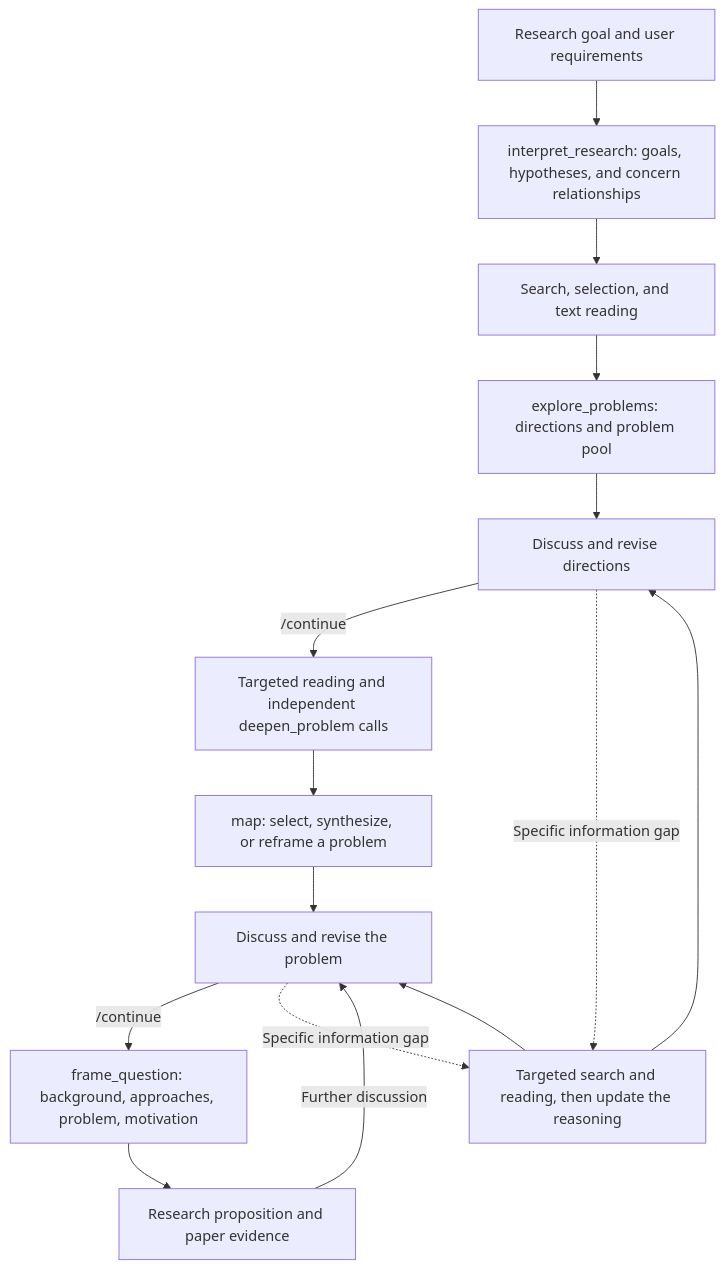
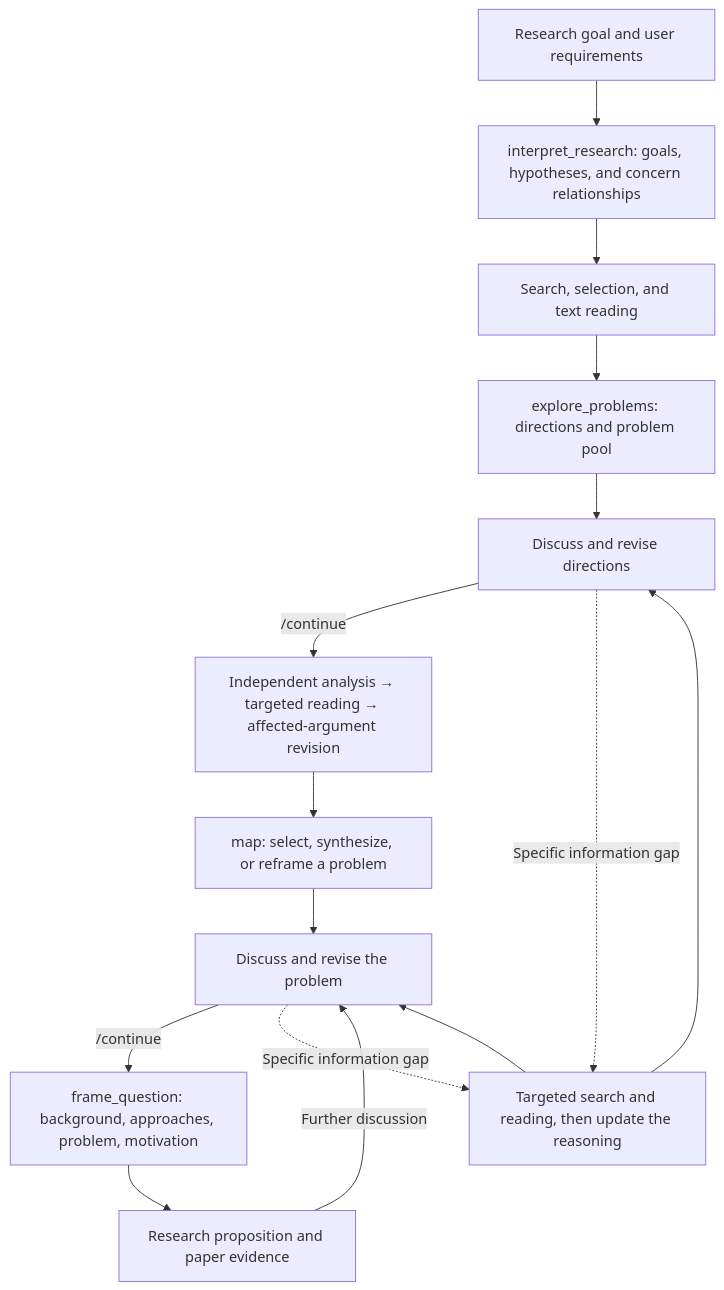
The diagram in docs/architecture.md (ghh1125/Research-idea), drawn with Mermaid before and after one commit. The commit also changed other lines of this file and 25 other files, not shown here.

Commit message:
Develop problem arguments before targeted reading and revise affected cases

````diff
--- a/docs/architecture.md
+++ b/docs/architecture.md
@@ -35,17 +35,17 @@
 ```mermaid
 flowchart TD
     A[Research goal and user requirements] --> J[interpret_research: goals, hypotheses, and concern relationships]
     J --> B[Search, selection, and text reading]
     B --> C[explore_problems: directions and problem pool]
     C --> D[Discuss and revise directions]
-    D -->|/continue| E[Targeted reading and independent deepen_problem calls]
+    D -->|/continue| E[Independent analysis → targeted reading → affected-argument revision]
     E --> F[map: select, synthesize, or reframe a problem]
     F --> G[Discuss and revise the problem]
     G -->|/continue| H[frame_question: background, approaches, problem, motivation]
     D -.Specific information gap.-> R[Targeted search and reading, then update the reasoning]
     G -.Specific information gap.-> R
     R --> D
     R --> G
     H --> I[Research proposition and paper evidence]
     I -->|Further discussion| G
 ```
````
